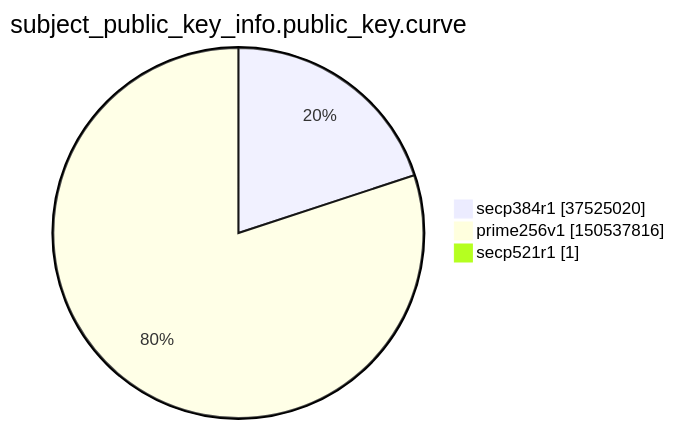
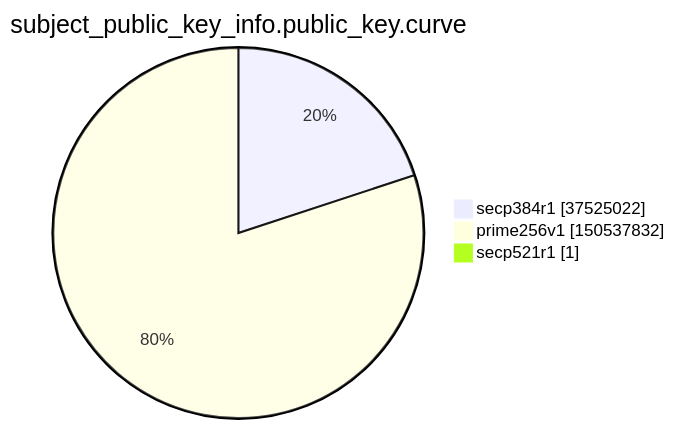
Before and after one commit to christiankrug/ctmonitor_visualization: the ninth of 15 diagrams in xenon2022/README.md, drawn with Mermaid. The commit also changed other lines of this file, not shown here.

````diff
--- a/xenon2022/README.md
+++ b/xenon2022/README.md
@@ -2857,7 +2857,7 @@
 ```mermaid
 pie showData
 title subject_public_key_info.public_key.curve
-"secp384r1" :37525020
-"prime256v1" :150537816
+"secp384r1" :37525022
+"prime256v1" :150537832
 "secp521r1" :1
 ```
````
